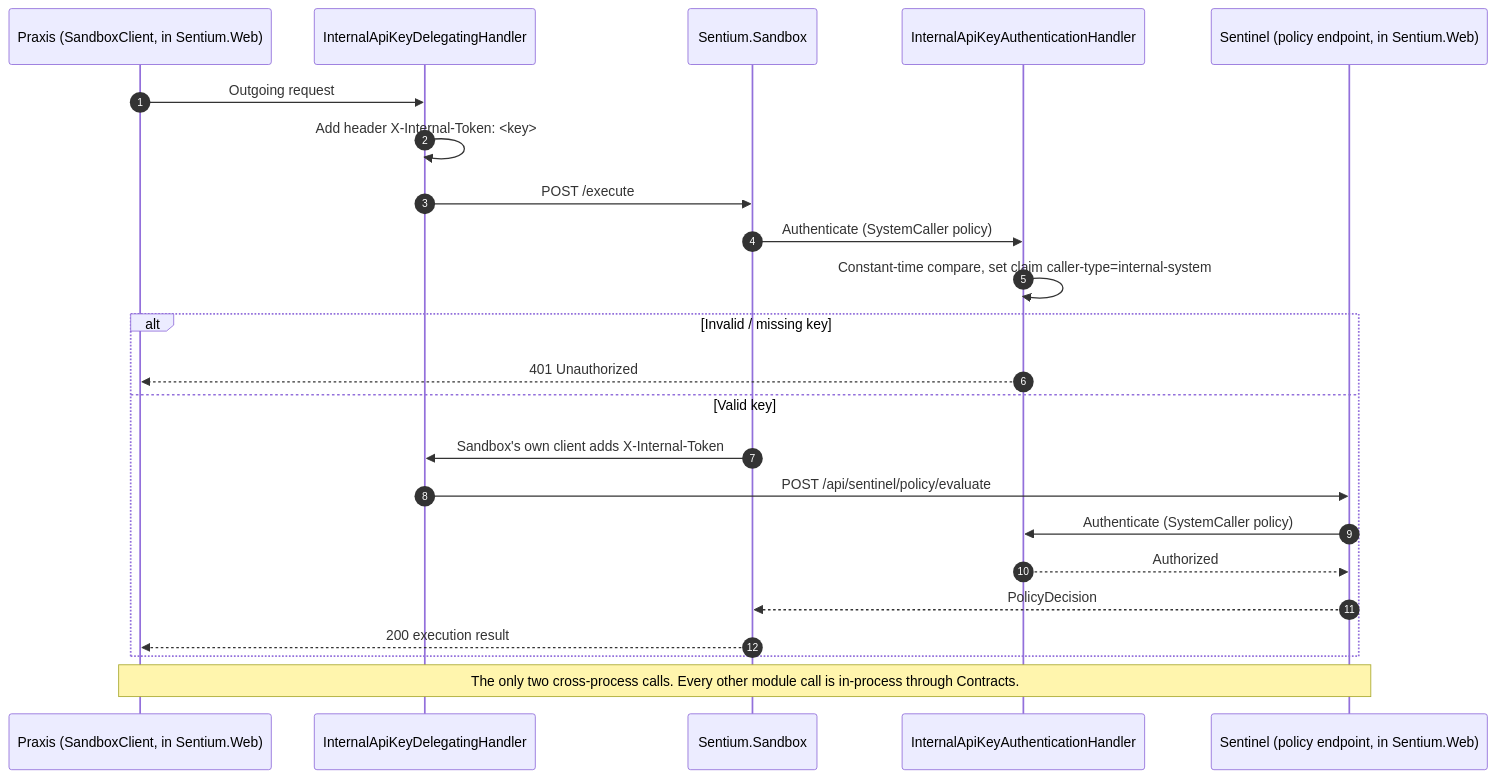
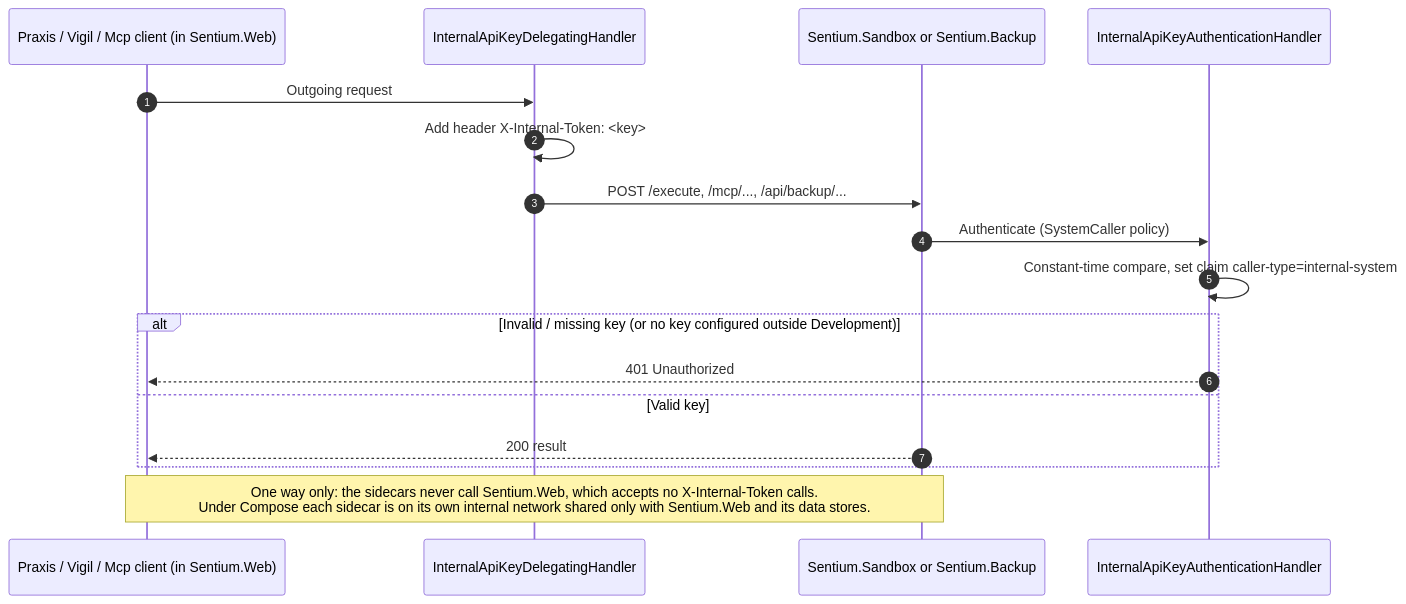
One commit to mihailshterev/sentium changed the diagram in docs/diagrams/authentication-4-internal-services.md. Above: the diagram before and after it, drawn with Mermaid. The commit also changed 36 other files, not shown here.

Commit message:
refactor(security): authorize sandbox runs in-process and isolate sidecars on internal networks (#192)

````diff
--- a/docs/diagrams/authentication-4-internal-services.md
+++ b/docs/diagrams/authentication-4-internal-services.md
@@ -1,26 +1,20 @@
 ```mermaid
 sequenceDiagram
     autonumber
-    participant PX as Praxis (SandboxClient, in Sentium.Web)
+    participant PX as Praxis / Vigil / Mcp client (in Sentium.Web)
     participant H as InternalApiKeyDelegatingHandler
-    participant SB as Sentium.Sandbox
+    participant SC as Sentium.Sandbox or Sentium.Backup
     participant AH as InternalApiKeyAuthenticationHandler
-    participant SN as Sentinel (policy endpoint, in Sentium.Web)
 
     PX->>H: Outgoing request
     H->>H: Add header X-Internal-Token: <key>
-    H->>SB: POST /execute
-    SB->>AH: Authenticate (SystemCaller policy)
+    H->>SC: POST /execute, /mcp/..., /api/backup/...
+    SC->>AH: Authenticate (SystemCaller policy)
     AH->>AH: Constant-time compare, set claim caller-type=internal-system
-    alt Invalid / missing key
+    alt Invalid / missing key (or no key configured outside Development)
         AH-->>PX: 401 Unauthorized
     else Valid key
-        SB->>H: Sandbox's own client adds X-Internal-Token
-        H->>SN: POST /api/sentinel/policy/evaluate
-        SN->>AH: Authenticate (SystemCaller policy)
-        AH-->>SN: Authorized
-        SN-->>SB: PolicyDecision
-        SB-->>PX: 200 execution result
+        SC-->>PX: 200 result
     end
-    Note over PX,SN: The only two cross-process calls. Every other module call is in-process through Contracts.
+    Note over PX,SC: One way only: the sidecars never call Sentium.Web, which accepts no X-Internal-Token calls.<br/>Under Compose each sidecar is on its own internal network shared only with Sentium.Web and its data stores.
 ```
````
